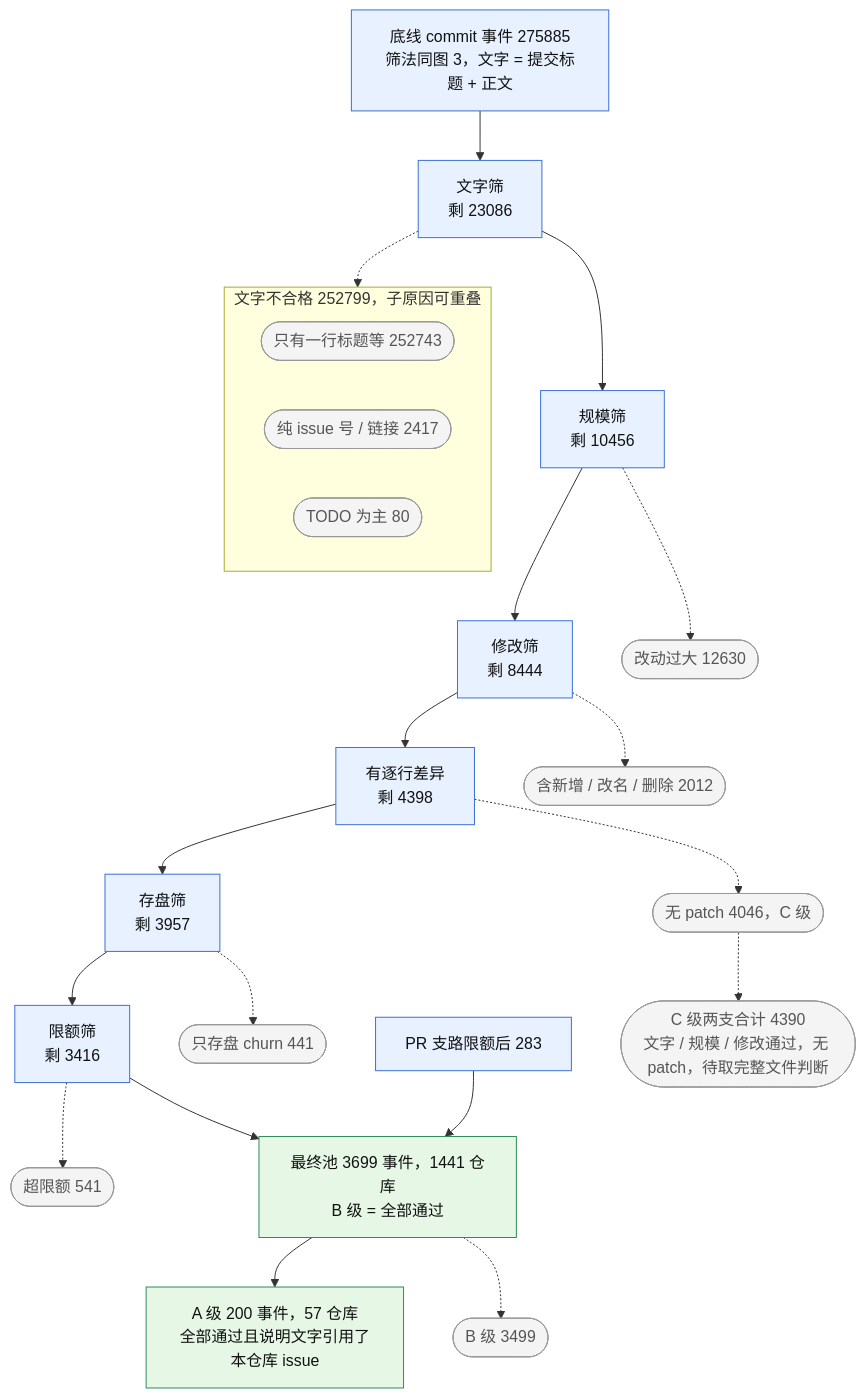
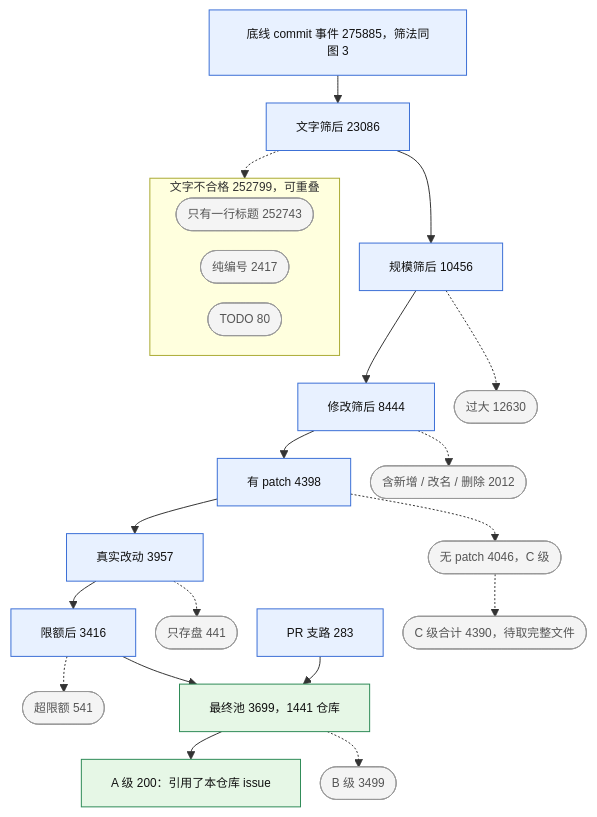
The fifth of 5 diagrams in reports/progress_report.md (Xiafyjck/github_kicad_project_scout), drawn with Mermaid before and after one commit. The commit also changed other lines of this file, not shown here.

Commit message:
reports: shorter labels and 12px font in all figures

````diff
--- a/reports/progress_report.md
+++ b/reports/progress_report.md
@@ -248,34 +255,37 @@
 ```mermaid
+%%{init: {'themeVariables': {'fontSize': '12px'}, 'flowchart': {'nodeSpacing': 20, 'rankSpacing': 28}}}%%
 flowchart TB
     classDef exit fill:#f4f4f4,stroke:#999,color:#555
     classDef keep fill:#e8f1ff,stroke:#3b6fd6,color:#111
+    classDef src fill:#f3e8ff,stroke:#7c4dbd,color:#111
+    classDef rule fill:#fff8dc,stroke:#c9a400,color:#333
     classDef final fill:#e6f7e6,stroke:#2e8b57,color:#111
 
-    M3[底线 commit 事件 275885<br/>筛法同图 3，文字 = 提交标题 + 正文]:::keep
-    M3 --> M4[文字筛<br/>剩 23086]:::keep
-    M4 --> M5[规模筛<br/>剩 10456]:::keep
-    M5 --> M6[修改筛<br/>剩 8444]:::keep
-    M6 --> M7[有逐行差异<br/>剩 4398]:::keep
-    M7 --> M8[存盘筛<br/>剩 3957]:::keep
-    M8 --> M9[限额筛<br/>剩 3416]:::keep
+    M3[底线 commit 事件 275885，筛法同图 3]:::keep
+    M3 --> M4[文字筛后 23086]:::keep
+    M4 --> M5[规模筛后 10456]:::keep
+    M5 --> M6[修改筛后 8444]:::keep
+    M6 --> M7[有 patch 4398]:::keep
+    M7 --> M8[真实改动 3957]:::keep
+    M8 --> M9[限额后 3416]:::keep
 
-    subgraph TY[文字不合格 252799，子原因可重叠]
+    subgraph TY[文字不合格 252799，可重叠]
         direction LR
-        MX4a([只有一行标题等 252743]):::exit
-        MX4b([纯 issue 号 / 链接 2417]):::exit
-        MX4c([TODO 为主 80]):::exit
+        MX4a([只有一行标题 252743]):::exit
+        MX4b([纯编号 2417]):::exit
+        MX4c([TODO 80]):::exit
     end
     M4 -.-> TY
-    M5 -.-> MX5([改动过大 12630]):::exit
+    M5 -.-> MX5([过大 12630]):::exit
     M6 -.-> MX6([含新增 / 改名 / 删除 2012]):::exit
     M7 -.-> MX7([无 patch 4046，C 级]):::exit
-    M8 -.-> MX8([只存盘 churn 441]):::exit
+    M8 -.-> MX8([只存盘 441]):::exit
     M9 -.-> MX9([超限额 541]):::exit
 
-    P9[PR 支路限额后 283]:::keep
-    M9 --> F[最终池 3699 事件，1441 仓库<br/>B 级 = 全部通过]:::final
+    P9[PR 支路 283]:::keep
+    M9 --> F[最终池 3699，1441 仓库]:::final
     P9 --> F
-    F --> G[A 级 200 事件，57 仓库<br/>全部通过且说明文字引用了本仓库 issue]:::final
+    F --> G[A 级 200：引用了本仓库 issue]:::final
     F -.-> FB([B 级 3499]):::exit
-    MX7 -.-> FC([C 级两支合计 4390<br/>文字 / 规模 / 修改通过，无 patch，待取完整文件判断]):::exit
+    MX7 -.-> FC([C 级合计 4390，待取完整文件]):::exit
 ```
````
